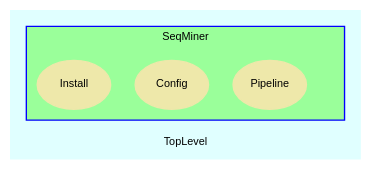
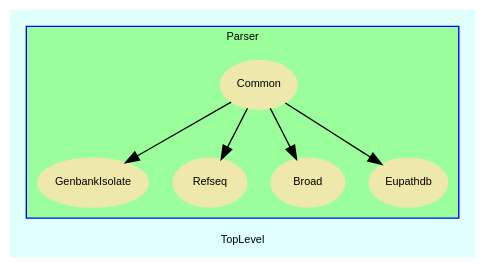
Before and after one commit to ddiez/seqminer: the diagram in doc/dot/f_7.dot, drawn with Graphviz. The commit also changed 125 other files, not shown here.

```diff
--- a/doc/dot/f_7.dot
+++ b/doc/dot/f_7.dot
@@ -1,56 +1,90 @@
 digraph TopLevel {
     label = "TopLevel"
     compound = true
     fontname = Arial
     fontsize = 8
     bgcolor = lightcyan1
     node [
         color = black,
         fontname = Arial,
         fontsize = 8
     ]
 
-    subgraph cluster_SeqMiner {
-        label = "SeqMiner"
+    Parser__Common -> Parser__GenbankIsolate [
+
+    ]
+
+    Parser__Common -> Parser__Refseq [
+
+    ]
+
+    Parser__Common -> Parser__Broad [
+
+    ]
+
+    Parser__Common -> Parser__Eupathdb [
+
+    ]
+
+    subgraph cluster_Parser {
+        label = "Parser"
         fillcolor = palegreen1
-        URL = "classes/SeqMiner.html"
+        URL = "classes/Parser.html"
         color = blue
         fontname = Arial
         style = filled
-        SeqMiner [
+        Parser [
             shape = plaintext,
             height = 0.01,
             width = 0.01,
             label = ""
         ]
 
-        SeqMiner__Pipeline [
+        Parser__GenbankIsolate [
             fontcolor = black,
             shape = ellipse,
-            URL = "classes/SeqMiner/Pipeline.html",
+            URL = "classes/Parser/GenbankIsolate.html",
             color = palegoldenrod,
             style = filled,
-            label = "Pipeline"
+            label = "GenbankIsolate"
         ]
 
-        SeqMiner__Config [
+        Parser__Common [
             fontcolor = black,
             shape = ellipse,
-            URL = "classes/SeqMiner/Config.html",
+            URL = "classes/Parser/Common.html",
             color = palegoldenrod,
             style = filled,
-            label = "Config"
+            label = "Common"
         ]
 
-        SeqMiner__Install [
+        Parser__Refseq [
             fontcolor = black,
             shape = ellipse,
-            URL = "classes/SeqMiner/Install.html",
+            URL = "classes/Parser/Refseq.html",
             color = palegoldenrod,
             style = filled,
-            label = "Install"
+            label = "Refseq"
+        ]
+
+        Parser__Broad [
+            fontcolor = black,
+            shape = ellipse,
+            URL = "classes/Parser/Broad.html",
+            color = palegoldenrod,
+            style = filled,
+            label = "Broad"
+        ]
+
+        Parser__Eupathdb [
+            fontcolor = black,
+            shape = ellipse,
+            URL = "classes/Parser/Eupathdb.html",
+            color = palegoldenrod,
+            style = filled,
+            label = "Eupathdb"
         ]
 
     }
 
 }
```
